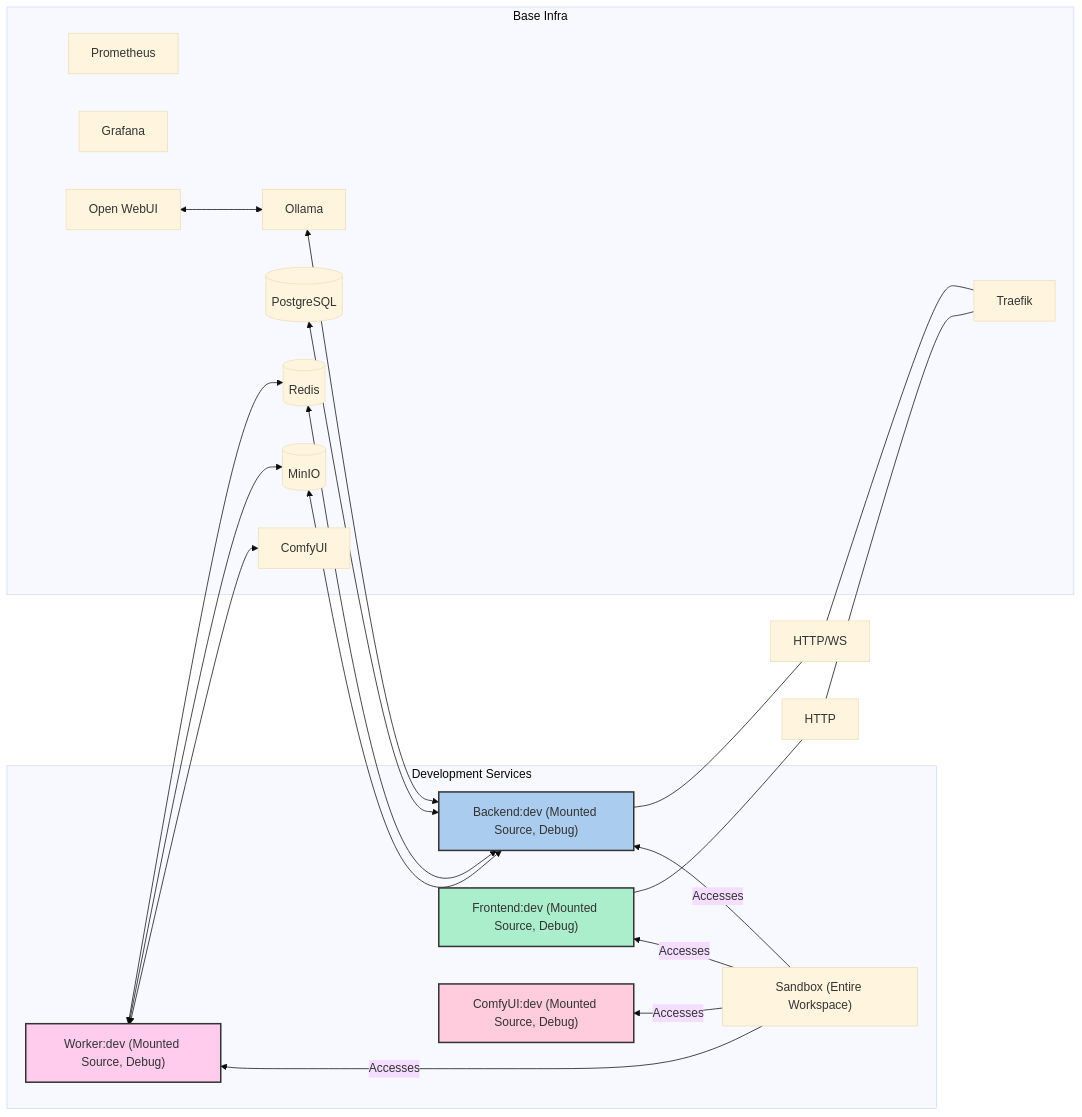
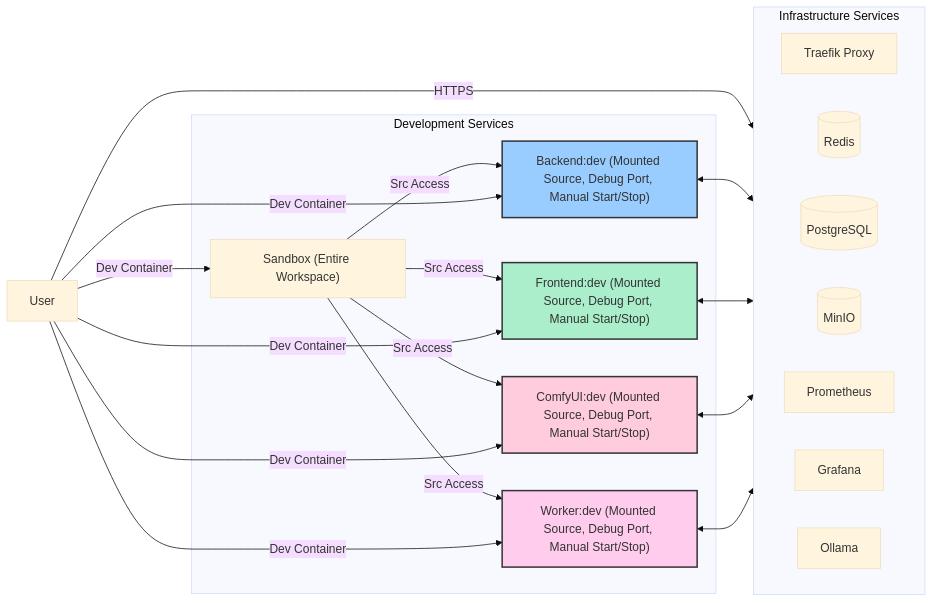
The second of 7 diagrams in docs/02_architecture_overview.md (ktzevani/myspinbot), drawn with Mermaid (base theme) before and after one commit. The commit also changed other lines of this file and 2 other files, not shown here.

````diff
--- a/docs/02_architecture_overview.md
+++ b/docs/02_architecture_overview.md
@@ -101,44 +115,44 @@
 ```mermaid
-graph RL
-    subgraph Base Infra
-        T[Traefik]
+graph LR
+    subgraph BaseInfra[Infrastructure Services]
+        direction RL
+        T[Traefik Proxy]
         REDIS[(Redis)]
         POSTGRES[(PostgreSQL)]
         MINIO[(MinIO)]
         PROM[Prometheus]
         GRAFANA[Grafana]
         OLLAMA[Ollama]
-        OPENWEBUI[Open WebUI]
-        COMFYUI[ComfyUI]
     end
 
-    subgraph Development Services
-        API_DEV["Backend:dev (Mounted Source, Debug)"]
-        UI_DEV["Frontend:dev (Mounted Source, Debug)"]
-        WORKER_DEV["Worker:dev (Mounted Source, Debug)"]
-        COMFYUI_DEV["ComfyUI:dev (Mounted Source, Debug)"]
+    subgraph DevServices[Development Services]
+        API_DEV["Backend:dev (Mounted Source, Debug Port, Manual Start/Stop)"]
+        UI_DEV["Frontend:dev (Mounted Source, Debug Port, Manual Start/Stop)"]
+        WORKER_DEV["Worker:dev (Mounted Source, Debug Port, Manual Start/Stop)"]
+        COMFYUI_DEV["ComfyUI:dev (Mounted Source, Debug Port, Manual Start/Stop)"]
         SANDBOX["Sandbox (Entire Workspace)"]
     end
 
-    T --- HTTP/WS --- API_DEV
-    T --- HTTP --- UI_DEV
-    API_DEV <--> REDIS
-    API_DEV <--> POSTGRES
-    API_DEV <--> MINIO
-    API_DEV <--> OLLAMA
 
-    REDIS <--> WORKER_DEV
-    MINIO <--> WORKER_DEV
-    COMFYUI <--> WORKER_DEV
-    OLLAMA <--> OPENWEBUI
+    API_DEV <--> BaseInfra
+    UI_DEV <--> BaseInfra
+    COMFYUI_DEV <--> BaseInfra
+    WORKER_DEV <--> BaseInfra
 
-    SANDBOX -- Accesses --> API_DEV
-    SANDBOX -- Accesses --> UI_DEV
-    SANDBOX -- Accesses --> WORKER_DEV
-    SANDBOX -- Accesses --> COMFYUI_DEV
+    SANDBOX -- Src Access --> API_DEV
+    SANDBOX -- Src Access --> UI_DEV
+    SANDBOX -- Src Access --> WORKER_DEV
+    SANDBOX -- Src Access --> COMFYUI_DEV
 
-    style API_DEV fill:#ace,stroke:#333,stroke-width:2px
+    User -- Dev Container --> SANDBOX
+    User -- Dev Container --> API_DEV
+    User -- Dev Container --> UI_DEV
+    User -- Dev Container --> WORKER_DEV
+    User -- Dev Container --> COMFYUI_DEV
+    User -- HTTPS --> T
+
     style UI_DEV fill:#aec,stroke:#333,stroke-width:2px
     style WORKER_DEV fill:#fce,stroke:#333,stroke-width:2px
     style COMFYUI_DEV fill:#fcd,stroke:#333,stroke-width:2px
+    style API_DEV fill:#9cf,stroke:#333,stroke-width:2px
 ```
````
